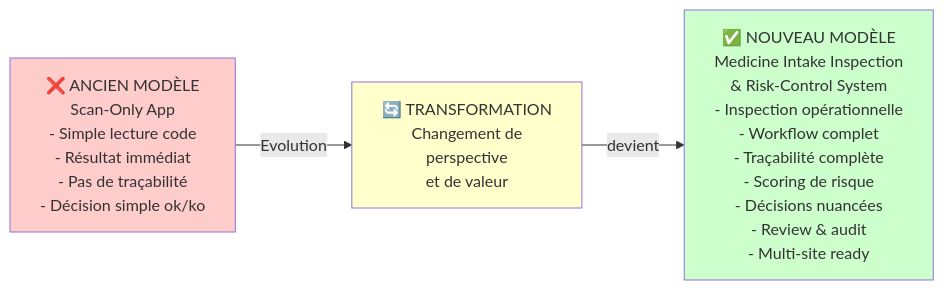
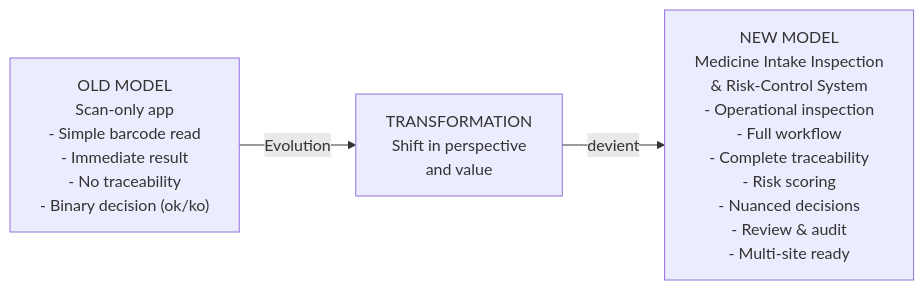
One commit to AbraImani/Authmed_Backend_intern changed the diagram in docs/product/product-transformation.md. Above: the diagram before and after it, drawn with Mermaid. The commit also changed 27 other files, not shown here.

Commit message:
docs: remove emojis, translate to English, standardize diagrams and remove color styles

````diff
--- a/docs/product/product-transformation.md
+++ b/docs/product/product-transformation.md
@@ -9,15 +9,13 @@
 ```mermaid
 graph LR
-    A["❌ ANCIEN MODÈLE<br/>Scan-Only App<br/>- Simple lecture code<br/>- Résultat immédiat<br/>- Pas de traçabilité<br/>- Décision simple ok/ko"] 
-    
-    B["🔄 TRANSFORMATION<br/>Changement de<br/>perspective<br/>et de valeur"]
-    
-    C["✅ NOUVEAU MODÈLE<br/>Medicine Intake Inspection<br/>& Risk-Control System<br/>- Inspection opérationnelle<br/>- Workflow complet<br/>- Traçabilité complète<br/>- Scoring de risque<br/>- Décisions nuancées<br/>- Review & audit<br/>- Multi-site ready"]
+    A["OLD MODEL<br/>Scan-only app<br/>- Simple barcode read<br/>- Immediate result<br/>- No traceability<br/>- Binary decision (ok/ko)"]
+
+    B["TRANSFORMATION<br/>Shift in perspective<br/>and value"]
+
+    C["NEW MODEL<br/>Medicine Intake Inspection<br/>& Risk-Control System<br/>- Operational inspection<br/>- Full workflow<br/>- Complete traceability<br/>- Risk scoring<br/>- Nuanced decisions<br/>- Review & audit<br/>- Multi-site ready"]
     
     A -->|Evolution| B
     B -->|devient| C
     
-    style A fill:#ffcccc
-    style B fill:#ffffcc
-    style C fill:#ccffcc
+    %% Color styles removed for consistency and accessibility
 ```
````
